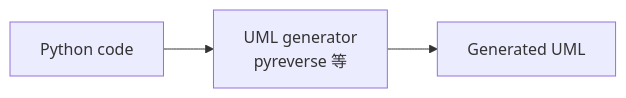
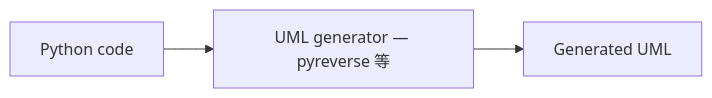
The first of 2 diagrams in .agent/skills/architecture/SKILL.md (XYChouMian/caegraph), drawn with Mermaid before and after one commit. The commit also changed other lines of this file and 7 other files, not shown here.

Commit message:
docs(mermaid): compact vertical flow labels

````diff
--- a/.agent/skills/architecture/SKILL.md
+++ b/.agent/skills/architecture/SKILL.md
@@ -15,4 +15,4 @@
 ```mermaid
 flowchart LR
-    A[Python code] --> B[UML generator<br>pyreverse 等] --> C[Generated UML]
+    A["Python code"] --> B["UML generator — pyreverse 等"] --> C["Generated UML"]
 ```
````
